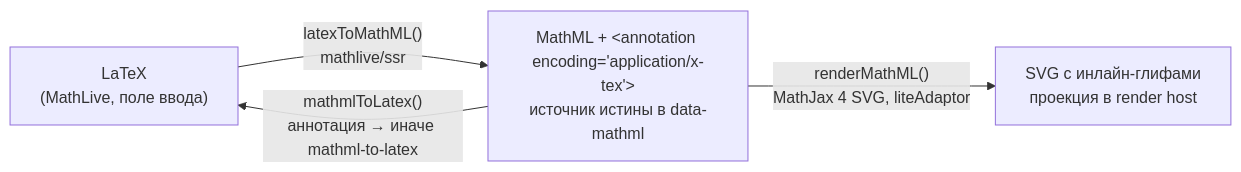
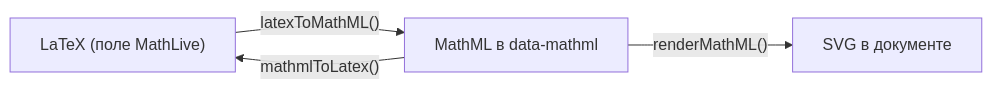
The diagram in docs/library/04-formulas.md (rinatgaynullin/study-area), drawn with Mermaid before and after one commit. The commit also changed other lines of this file and 15 other files, not shown here.

````diff
--- a/docs/library/04-formulas.md
+++ b/docs/library/04-formulas.md
@@ -10,6 +13,6 @@
 ```mermaid
 flowchart LR
-  latex["LaTeX<br/>(MathLive, поле ввода)"] -- "latexToMathML()<br/>mathlive/ssr" --> mathml["MathML + &lt;annotation encoding='application/x-tex'&gt;<br/>источник истины в data-mathml"]
-  mathml -- "renderMathML()<br/>MathJax 4 SVG, liteAdaptor" --> svg["SVG с инлайн-глифами<br/>проекция в render host"]
-  mathml -- "mathmlToLatex()<br/>аннотация → иначе mathml-to-latex" --> latex
+  latex["LaTeX (поле MathLive)"] -- "latexToMathML()" --> mathml["MathML в data-mathml"]
+  mathml -- "renderMathML()" --> svg["SVG в документе"]
+  mathml -- "mathmlToLatex()" --> latex
 ```
````
